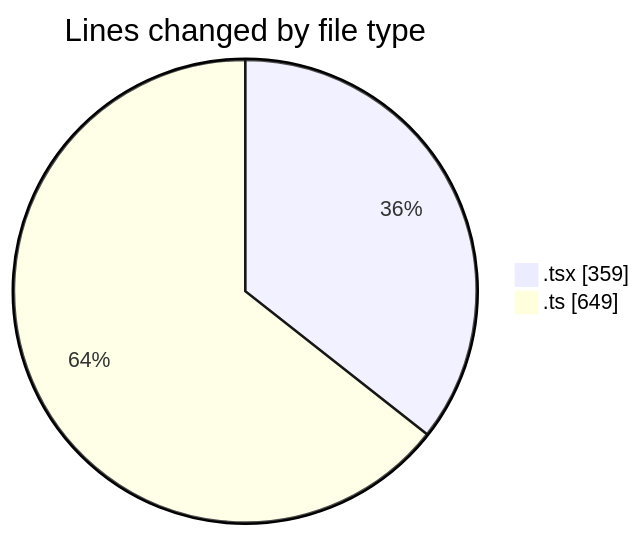
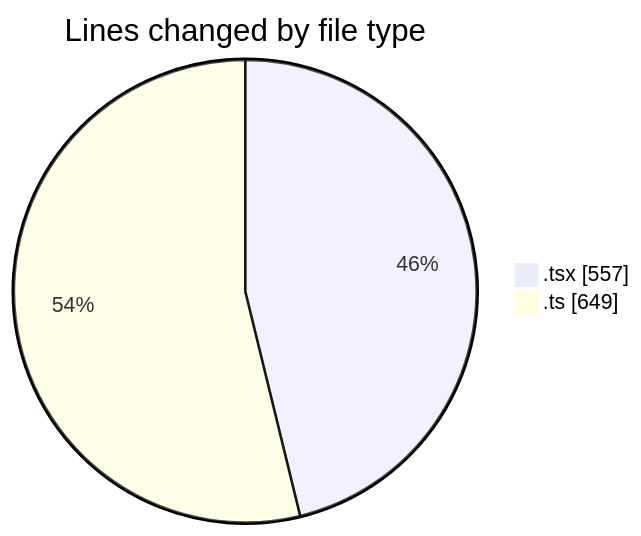
The first of 2 diagrams in 2025-10-15/eventscop-frontend-guide__workspace_/README.md (julien-gomy/code-tracking), drawn with Mermaid before and after one commit. The commit also changed other lines of this file and 1 other file, not shown here.

````diff
--- a/2025-10-15/eventscop-frontend-guide__workspace_/README.md
+++ b/2025-10-15/eventscop-frontend-guide__workspace_/README.md
@@ -24,6 +25,6 @@
 ```mermaid
 pie showData
 title Lines changed by file type
-".tsx" : 359
+".tsx" : 557
 ".ts" : 649
 ```
````
